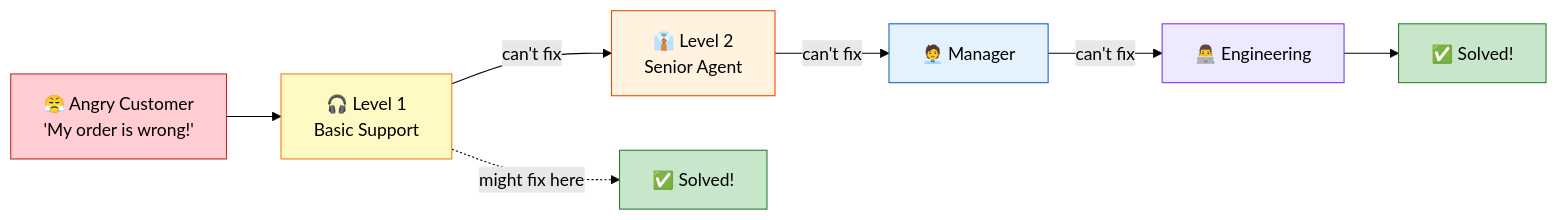
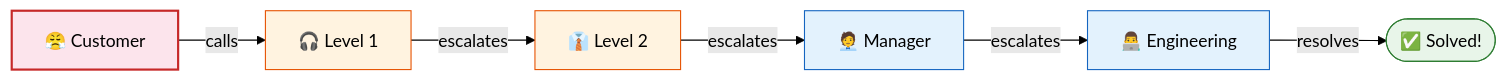
The first of 3 diagrams in docs/designpatterns/behaviouralDesignPatterns/ChainOfResponsibilityDesignPattern.md (saivamsikaruturi/vamsilabs-dev-notes-main), drawn with Mermaid (forest theme) before and after one commit. The commit also changed other lines of this file and 42 other files, not shown here.

````diff
--- a/docs/designpatterns/behaviouralDesignPatterns/ChainOfResponsibilityDesignPattern.md
+++ b/docs/designpatterns/behaviouralDesignPatterns/ChainOfResponsibilityDesignPattern.md
@@ -12,17 +12,15 @@
 ```mermaid
 flowchart LR
-    U["😤 Angry Customer<br/>'My order is wrong!'"] --> L1["🎧 Level 1<br/>Basic Support"]
-    L1 -->|can't fix| L2["👔 Level 2<br/>Senior Agent"]
-    L2 -->|can't fix| M["🧑‍💼 Manager"]
-    M -->|can't fix| E["👨‍💻 Engineering"]
-    E --> S["✅ Solved!"]
-    L1 -.->|might fix here| S2["✅ Solved!"]
-    
-    style U fill:#FFCDD2,stroke:#C62828,color:#000
-    style L1 fill:#FFF9C4,stroke:#F57F17,color:#000
+    U["😤 Customer"] -->|"calls"| L1["🎧 Level 1"]
+    L1 -->|"escalates"| L2["👔 Level 2"]
+    L2 -->|"escalates"| M["🧑‍💼 Manager"]
+    M -->|"escalates"| E["👨‍💻 Engineering"]
+    E -->|"resolves"| S(["✅ Solved!"])
+
+    style U fill:#FCE4EC,stroke:#C62828,stroke-width:2px,color:#000
+    style L1 fill:#FFF3E0,stroke:#E65100,color:#000
     style L2 fill:#FFF3E0,stroke:#E65100,color:#000
     style M fill:#E3F2FD,stroke:#1565C0,color:#000
-    style E fill:#EDE9FE,stroke:#7C3AED,color:#000
-    style S fill:#C8E6C9,stroke:#2E7D32,color:#000
-    style S2 fill:#C8E6C9,stroke:#2E7D32,color:#000
+    style E fill:#E3F2FD,stroke:#1565C0,color:#000
+    style S fill:#E8F5E9,stroke:#2E7D32,color:#000
 ```
````
